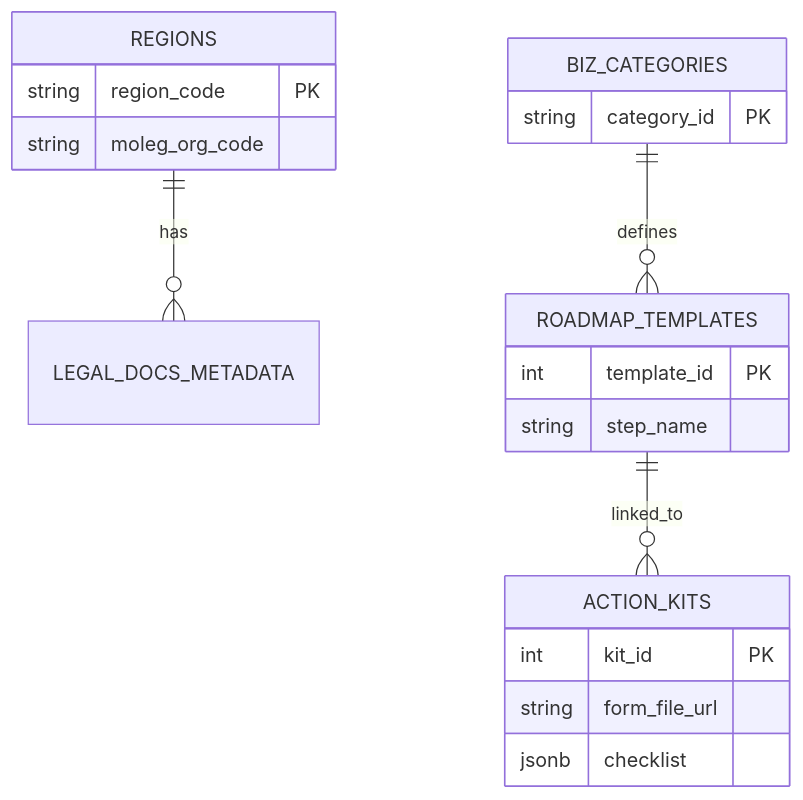
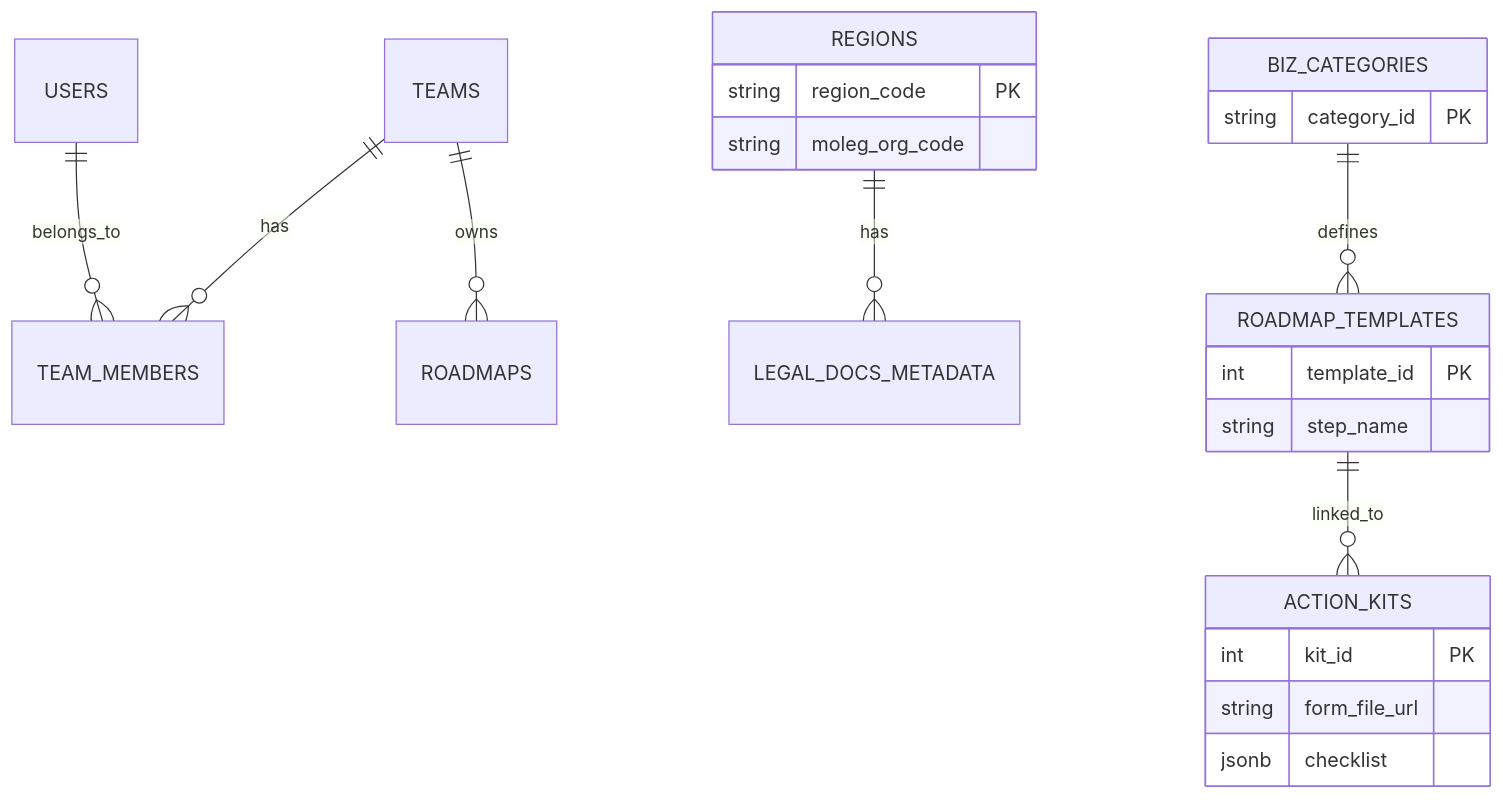
Before and after one commit to lastdays03/step-zero: the diagram in docs/StepZero_DB_Schema.md, drawn with Mermaid. The commit also changed other lines of this file and 2 other files, not shown here.

Commit message:
docs: StepZero_DB_Schema 문서 수정 및 기술 리드 기반 문서 추가

````diff
--- a/docs/StepZero_DB_Schema.md
+++ b/docs/StepZero_DB_Schema.md
@@ -93,25 +173,30 @@
 ```mermaid
 erDiagram
+    TEAMS ||--o{ TEAM_MEMBERS : "has"
+    USERS ||--o{ TEAM_MEMBERS : "belongs_to"
+    
+    TEAMS ||--o{ ROADMAPS : "owns"
+
     REGIONS ||--o{ LEGAL_DOCS_METADATA : "has"
     REGIONS {
         string region_code PK
         string moleg_org_code
     }
     
     BIZ_CATEGORIES ||--o{ ROADMAP_TEMPLATES : "defines"
     BIZ_CATEGORIES {
         string category_id PK
     }
     
     ROADMAP_TEMPLATES ||--o{ ACTION_KITS : "linked_to"
     ROADMAP_TEMPLATES {
         int template_id PK
         string step_name
     }
     
     ACTION_KITS {
         int kit_id PK
         string form_file_url
         jsonb checklist
     }
 ```
````
